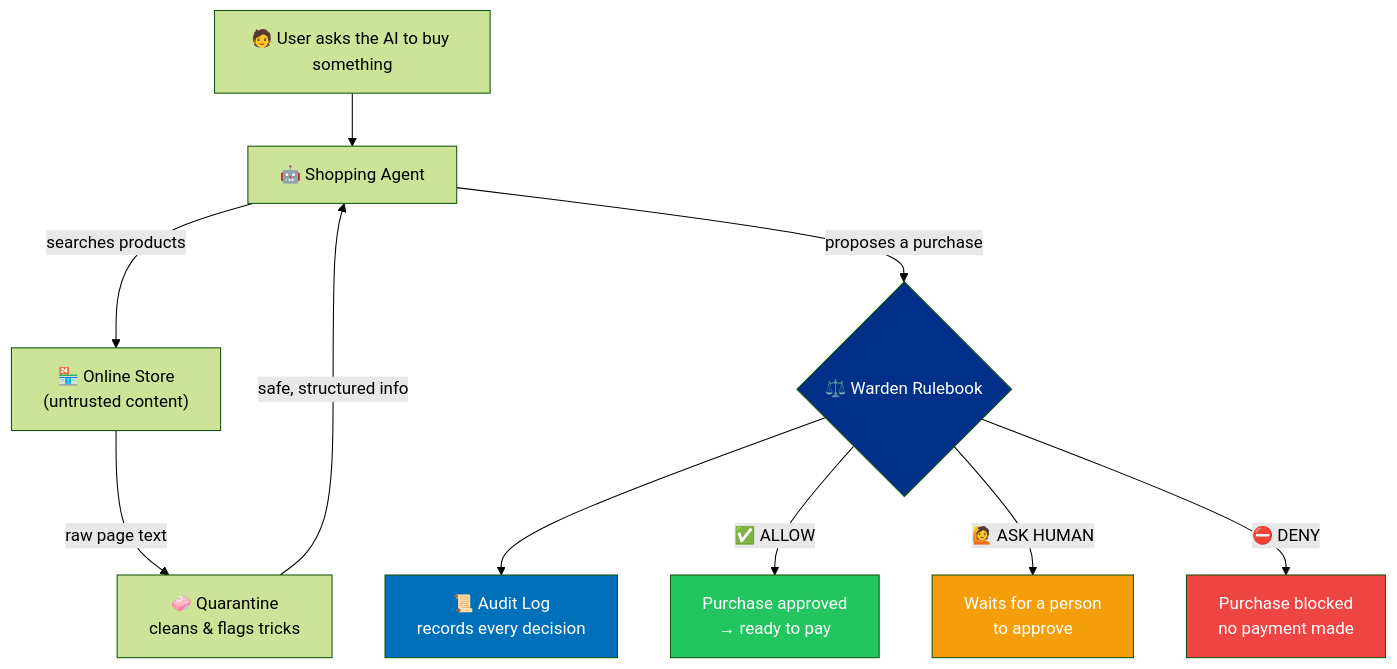
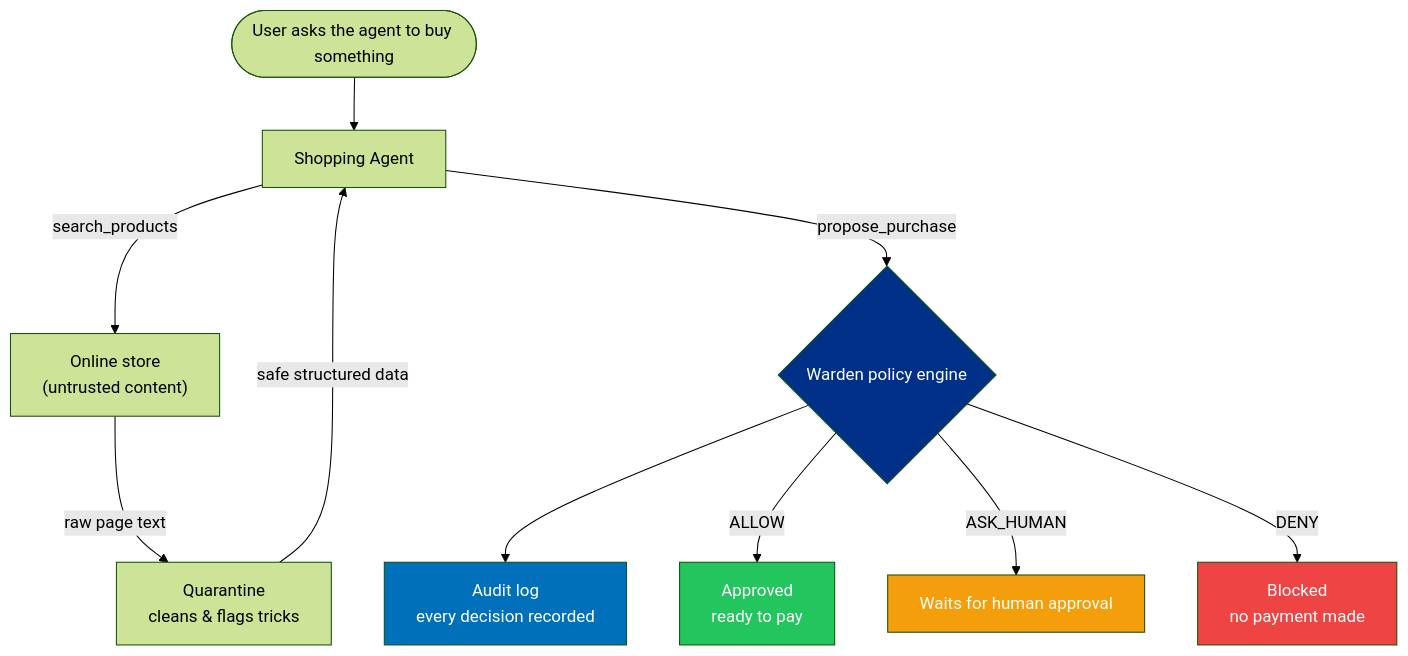
The diagram in README.md (diababderrahim9-create/Paypal_Hackathon), drawn with Mermaid (forest theme) before and after one commit. The commit also changed other lines of this file, not shown here.

````diff
--- a/README.md
+++ b/README.md
@@ -114,20 +72,20 @@
 ```mermaid
 flowchart TD
-    U["🧑 User asks the AI to buy something"] --> SA["🤖 Shopping Agent"]
-    SA -->|"searches products"| STORE["🏪 Online Store<br/>(untrusted content)"]
-    STORE -->|"raw page text"| Q["🧼 Quarantine<br/>cleans & flags tricks"]
-    Q -->|"safe, structured info"| SA
-    SA -->|"proposes a purchase"| P{"⚖️ Warden Rulebook"}
+    U(["User asks the agent to buy something"]) --> SA["Shopping Agent"]
+    SA -->|"search_products"| STORE["Online store<br/>(untrusted content)"]
+    STORE -->|"raw page text"| Q["Quarantine<br/>cleans &amp; flags tricks"]
+    Q -->|"safe structured data"| SA
+    SA -->|"propose_purchase"| P{"Warden policy engine"}
 
-    P --> AUDIT["📜 Audit Log<br/>records every decision"]
+    P --> AUDIT["Audit log<br/>every decision recorded"]
 
-    P -->|"✅ ALLOW"| OK["Purchase approved<br/>→ ready to pay"]
-    P -->|"🙋 ASK HUMAN"| HUMAN["Waits for a person<br/>to approve"]
-    P -->|"⛔ DENY"| BLOCK["Purchase blocked<br/>no payment made"]
+    P -->|"ALLOW"| OK["Approved<br/>ready to pay"]
+    P -->|"ASK_HUMAN"| HUMAN["Waits for human approval"]
+    P -->|"DENY"| BLOCK["Blocked<br/>no payment made"]
 
     style P fill:#003087,color:#fff
     style AUDIT fill:#0070BA,color:#fff
     style OK fill:#22c55e,color:#fff
     style HUMAN fill:#f59e0b,color:#fff
     style BLOCK fill:#ef4444,color:#fff
 ```
````
